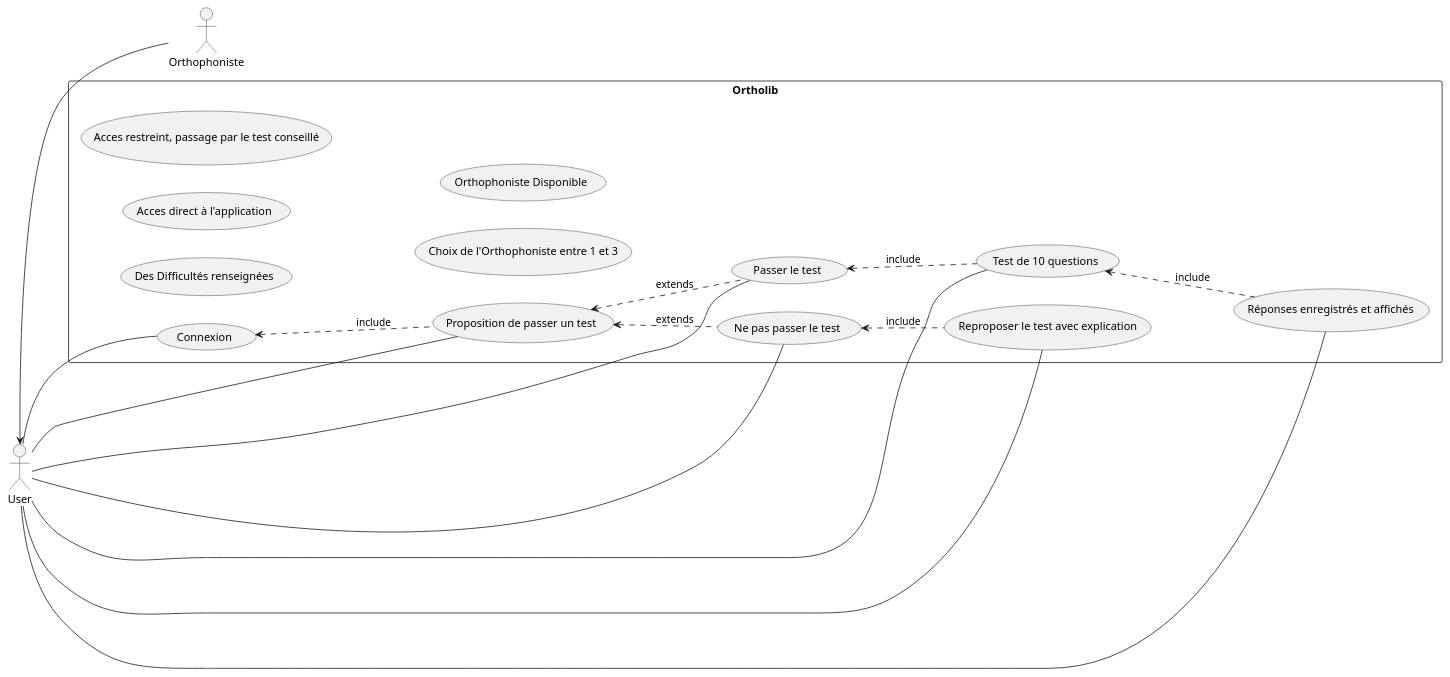
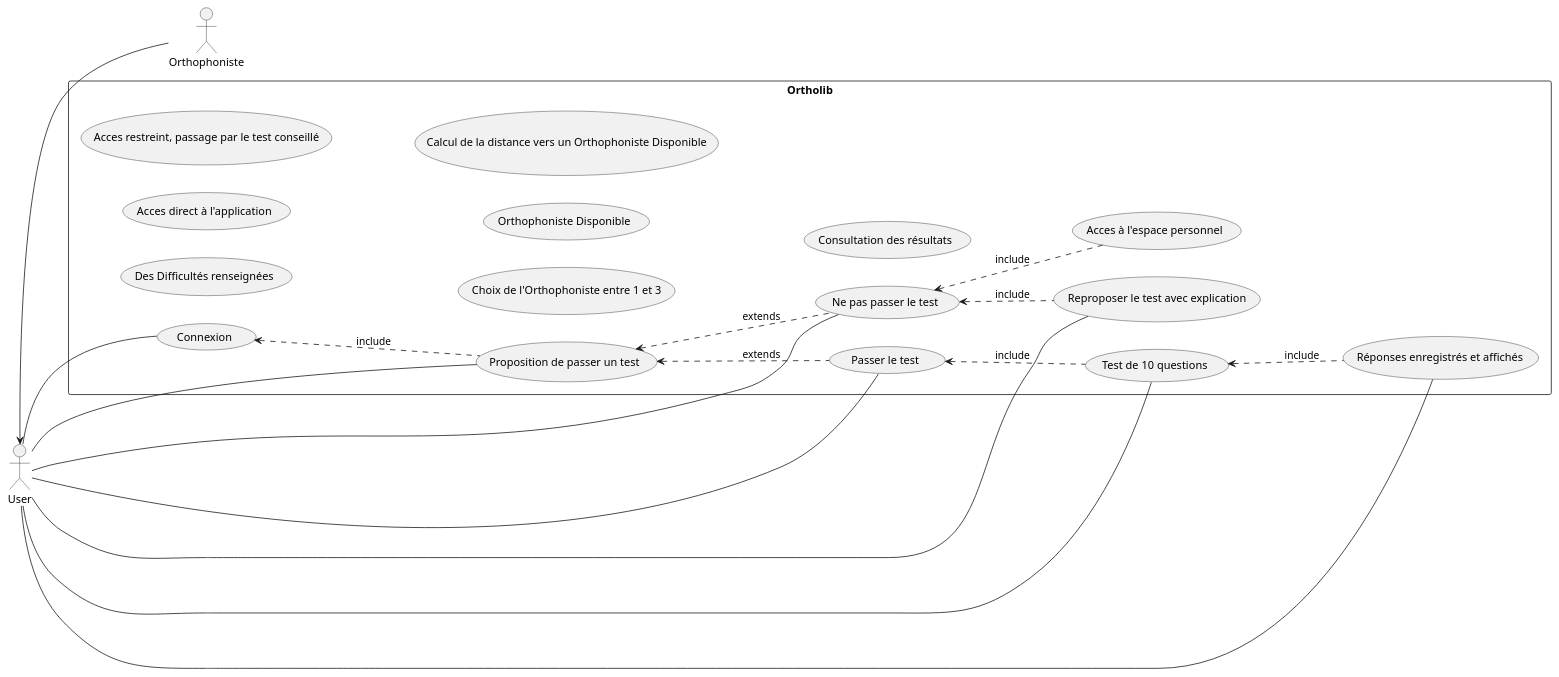
Before and after one commit to elamranibilel/Ortholib: the diagram in analyse/UML/Fonctionnel/utilisateur.wsd, drawn with PlantUML. The commit also changed 3 other files, not shown here.

```diff
--- a/analyse/UML/Fonctionnel/utilisateur.wsd
+++ b/analyse/UML/Fonctionnel/utilisateur.wsd
@@ -1,44 +1,48 @@
 @startuml Application_User
 
 left to right direction
 
 actor User 
 actor Orthophoniste
 
 rectangle Ortholib {
     usecase (Connexion) as Connexion
     usecase (Proposition de passer un test) as PropositionTest
     usecase (Passer le test) as PasserTest
     usecase (Ne pas passer le test) as NonPasserTest
     usecase (Reproposer le test avec explication) as Reproposer
     usecase (Test de 10 questions) as TestQuestions
     usecase (Réponses enregistrés et affichés) as Reponses 
     usecase (Des Difficultés renseignées) as Difficultes
     usecase (Acces direct à l'application) as AccesDirect
     usecase (Acces restreint, passage par le test conseillé) as AccesRestreint
     usecase (Choix de l'Orthophoniste entre 1 et 3) as ChoixOrthophoniste
     usecase (Orthophoniste Disponible) as DispoOthophoniste
+    usecase (Acces à l'espace personnel) as EspacePersonnel
+    usecase (Calcul de la distance vers un Orthophoniste Disponible) as DistanceOrthophoniste
+    usecase (Consultation des résultats) as ConsultationResultats
 }
 
 /' ACTOR -- ACTOR '/
 User <-- Orthophoniste
 
 /' ACTOR -- USECASE '/
 User -- Connexion
 User -- PropositionTest
 User -- PasserTest
 User -- NonPasserTest
 User -- Reproposer
 User -- TestQuestions
 User -- Reponses
 
 /' USECASE -- USECASE '/ 
 Connexion <.. PropositionTest : include
 PropositionTest <.. PasserTest : extends
 PropositionTest <.. NonPasserTest : extends
 NonPasserTest <.. Reproposer : include
+NonPasserTest <.. EspacePersonnel : include
 PasserTest <.. TestQuestions : include
 TestQuestions <.. Reponses : include
 
 
 @enduml
```
